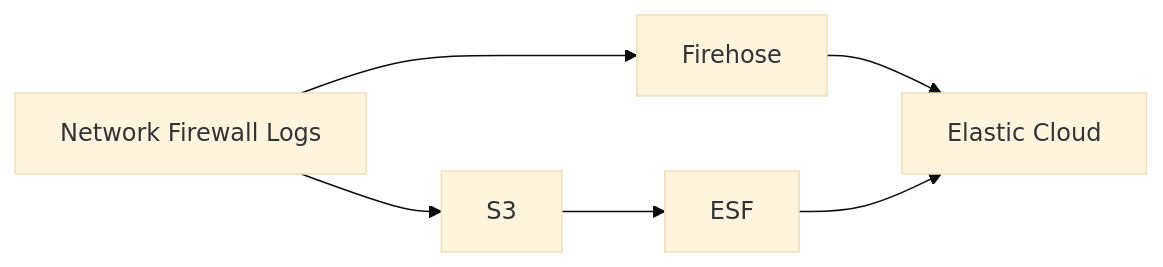
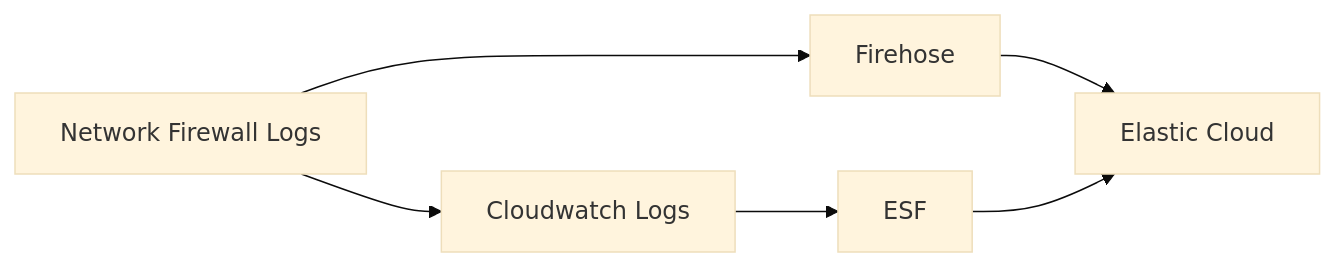
The third of 3 diagrams in README.md (constanca-m/firehose-vs-esf-vs-agent), drawn with Mermaid (base theme) before and after one commit. The commit also changed other lines of this file and 31 other files, not shown here.

````diff
--- a/README.md
+++ b/README.md
@@ -94,9 +211,9 @@
 ```mermaid
 flowchart LR
     network[Network Firewall Logs] --> firehose[Firehose]
     firehose[Firehose] --> elastic[Elastic Cloud]
 
-    network[Network Firewall Logs] --> s3[S3]
-    s3[S3] --> ESF[ESF]
+    network[Network Firewall Logs] --> cloudwatch[Cloudwatch Logs]
+    cloudwatch[Cloudwatch Logs] --> ESF[ESF]
     ESF[ESF] --> elastic[Elastic Cloud]
 ```
````
